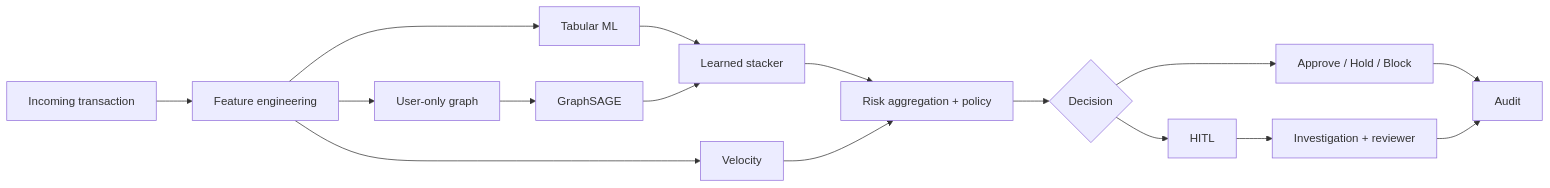
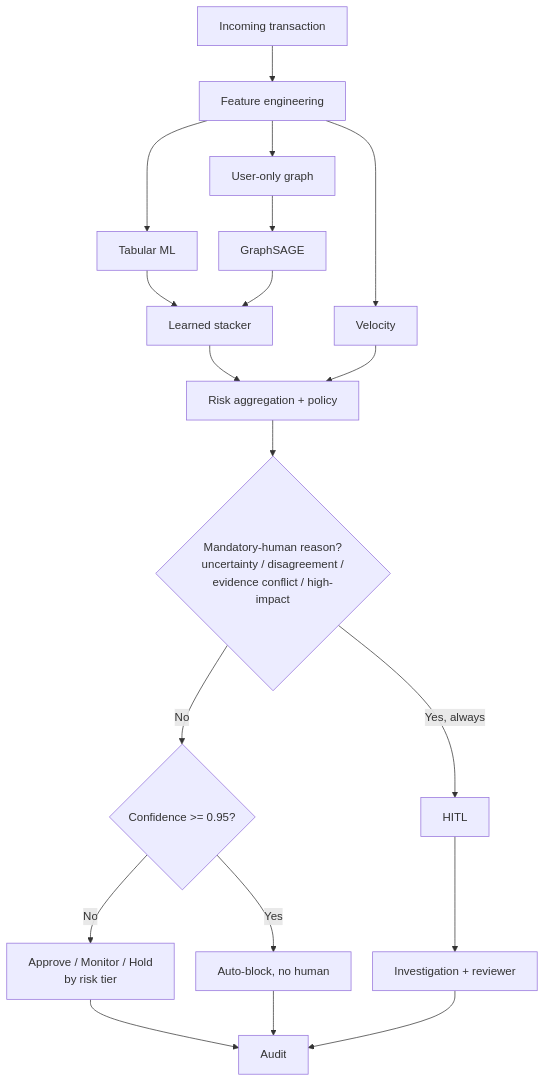
One commit to Dikshu015/RazorRisk-Agentic-AI-Payment-Fraud-Risk-Investigation-Platform changed the first of 4 diagrams in PROJECT_WORKFLOW.md. Above: the diagram before and after it, drawn with Mermaid. The commit also changed other lines of this file and 1 other file, not shown here.

````diff
--- a/PROJECT_WORKFLOW.md
+++ b/PROJECT_WORKFLOW.md
@@ -12,18 +12,22 @@
 ```mermaid
-flowchart LR
+%%{init: {'flowchart': {'nodeSpacing': 30, 'rankSpacing': 50}}}%%
+flowchart TB
     T[Incoming transaction] --> F[Feature engineering]
     F --> V[Velocity]
     F --> TM[Tabular ML]
     F --> G[User-only graph]
     G --> GN[GraphSAGE]
     TM --> ST[Learned stacker]
     GN --> ST
     ST --> P[Risk aggregation + policy]
     V --> P
-    P --> D{Decision}
-    D --> A[Approve / Hold / Block]
-    D --> H[HITL]
+    P --> M{Mandatory-human reason?<br/>uncertainty / disagreement /<br/>evidence conflict / high-impact}
+    M -->|Yes, always| H[HITL]
+    M -->|No| C{Confidence >= 0.95?}
+    C -->|Yes| AB[Auto-block, no human]
+    C -->|No| A[Approve / Monitor / Hold<br/>by risk tier]
     H --> I[Investigation + reviewer]
     A --> AU[Audit]
+    AB --> AU
     I --> AU
 ```
````
